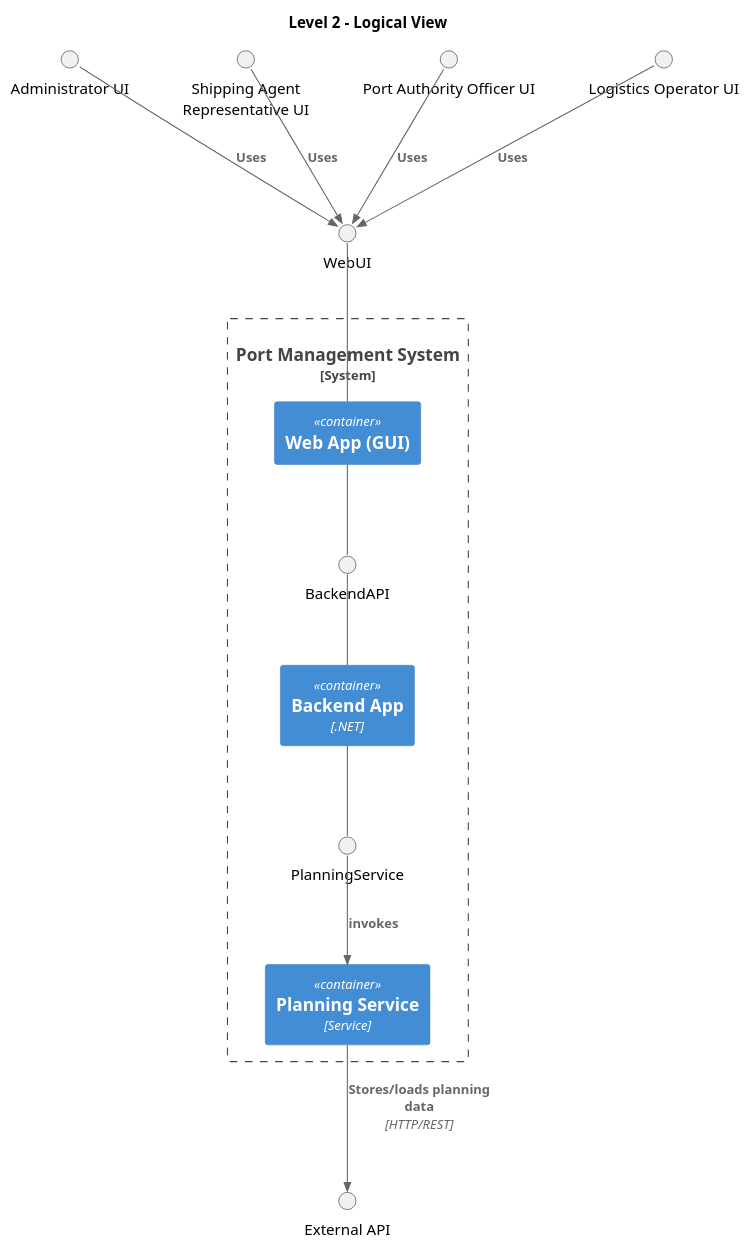
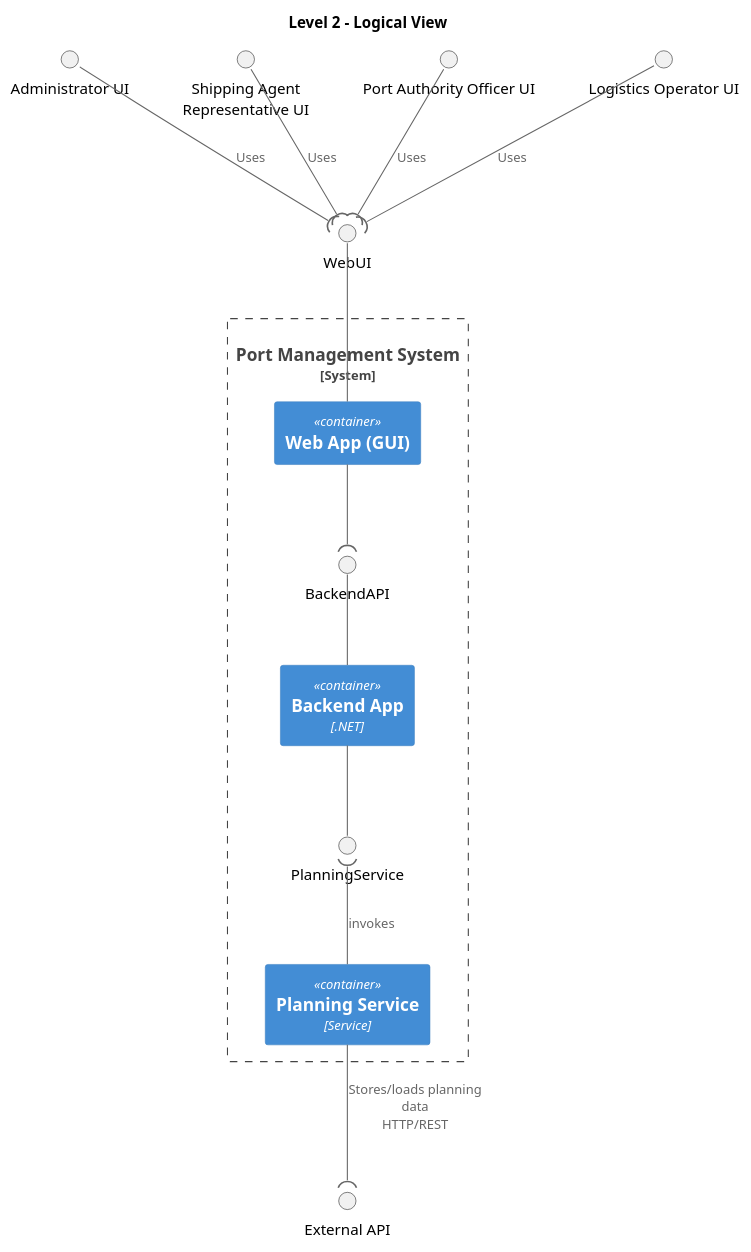
Before and after one commit to Departamento-de-Engenharia-Informatica/LEI-SEM5-PI-2025-26-3DK-04: the diagram in docs/sprint1/level2/logical_view/logical_view.puml, drawn with PlantUML. The commit also changed 1 other file, not shown here.

```diff
--- a/docs/sprint1/level2/logical_view/logical_view.puml
+++ b/docs/sprint1/level2/logical_view/logical_view.puml
@@ -1,41 +1,41 @@
 @startuml
 !include https://raw.githubusercontent.com/plantuml-stdlib/C4-PlantUML/master/C4_Container.puml
 LAYOUT_TOP_DOWN()
 
 title Level 2 - Logical View
 
 interface admin  as "Administrator UI"
 interface agent   as "Shipping Agent Representative UI"
 interface officer as "Port Authority Officer UI"
 interface operator as "Logistics Operator UI"
 interface "External API" as API
 
 ' Interface externa
 interface "WebUI" as webui_interface
 
 System_Boundary(pms, "Port Management System") {
 
   ' Interfaces internas
   interface "BackendAPI" as backend_interface
   interface "PlanningService" as planning_interface
 
   Container(gui, "Web App (GUI)")
   Container(api, "Backend App", ".NET")
   Container(planning, "Planning Service", "Service")
   
   ' Ligação das interfaces aos containers
   gui -up- webui_interface
-  gui -down- backend_interface
+  gui -down-( backend_interface
   api -up- backend_interface
   api -down- planning_interface
 }
 
-Rel(agent, webui_interface, "Uses")
-Rel(officer, webui_interface, "Uses")
-Rel(operator, webui_interface, "Uses")
-Rel(admin, webui_interface, "Uses")
+agent -d-( webui_interface : Uses
+officer -d-( webui_interface : Uses
+operator -d-( webui_interface : Uses
+admin -d-( webui_interface : Uses
 
-Rel(planning_interface, planning, "invokes")
+planning_interface )-d- planning : invokes
 
-Rel(planning, API, "Stores/loads planning data", "HTTP/REST")
+planning -d-( API : Stores/loads planning data\nHTTP/REST
 @enduml
```
